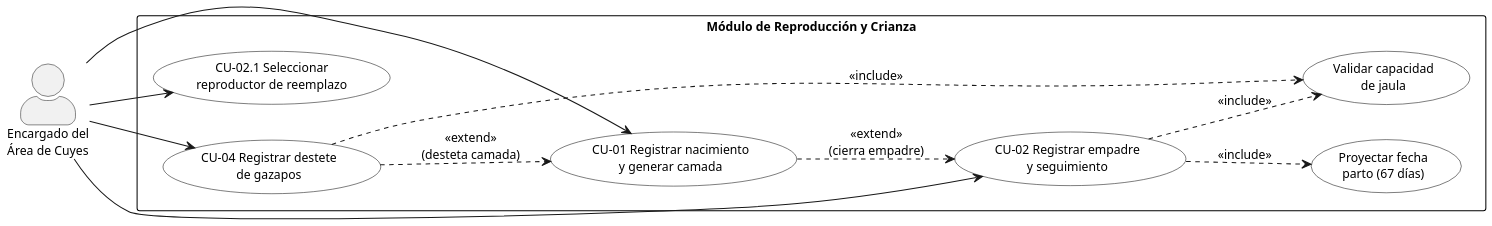
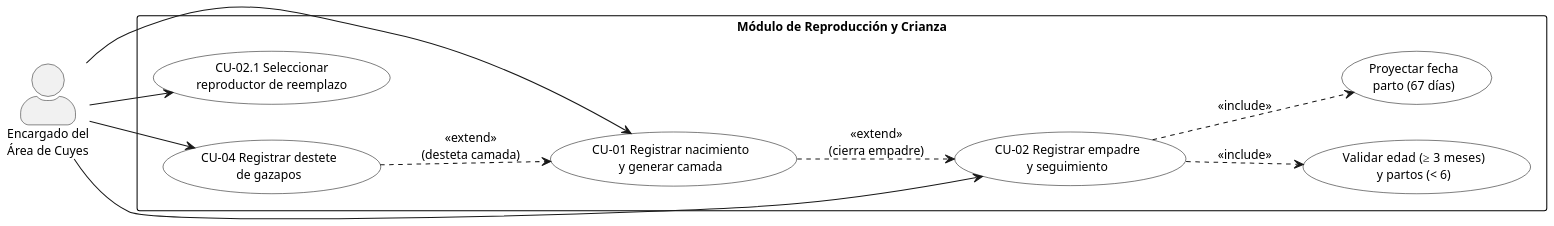
One commit to juan745Guevara/Cuy-system changed the sixth of 8 diagrams in docs/entregable_final/secciones/02-modelo-dominio.md. Above: the diagram before and after it, drawn with PlantUML. The commit also changed other lines of this file and 25 other files, not shown here.

````diff
--- a/docs/entregable_final/secciones/02-modelo-dominio.md
+++ b/docs/entregable_final/secciones/02-modelo-dominio.md
@@ -408,40 +408,39 @@
 ```plantuml {caption="Casos de uso del ciclo productivo y reproductivo"}
 @startuml
 left to right direction
 skinparam dpi 150
 skinparam shadowing false
 skinparam packageStyle rectangle
 skinparam defaultFontSize 12
 skinparam actorStyle awesome
 skinparam rectangle {
   BackgroundColor White
   BorderColor Black
 }
 skinparam usecase {
   BackgroundColor White
   BorderColor Black
 }
 
 actor "Encargado del\nÁrea de Cuyes" as EN
 
 rectangle "Módulo de Reproducción y Crianza" {
   usecase "CU-02 Registrar empadre\ny seguimiento" as UC02
   usecase "CU-01 Registrar nacimiento\ny generar camada" as UC01
   usecase "CU-04 Registrar destete\nde gazapos" as UC04
   usecase "CU-02.1 Seleccionar\nreproductor de reemplazo" as UC02_1
-  usecase "Validar capacidad\nde jaula" as UC_CAP
+  usecase "Validar edad (≥ 3 meses)\ny partos (< 6)" as UC_REGLAS
   usecase "Proyectar fecha\nparto (67 días)" as UC_PROY
 }
 
 EN --> UC02
 EN --> UC01
 EN --> UC04
 EN --> UC02_1
 
 UC02 ..> UC_PROY : <<include>>
-UC02 ..> UC_CAP : <<include>>
-UC04 ..> UC_CAP : <<include>>
+UC02 ..> UC_REGLAS : <<include>>
 UC01 ..> UC02 : <<extend>>\n(cierra empadre)
 UC04 ..> UC01 : <<extend>>\n(desteta camada)
 @enduml
 ```
````
